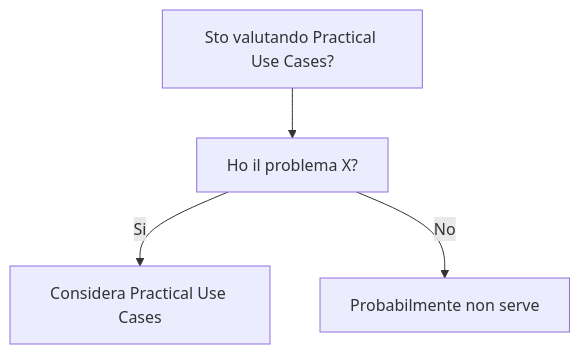
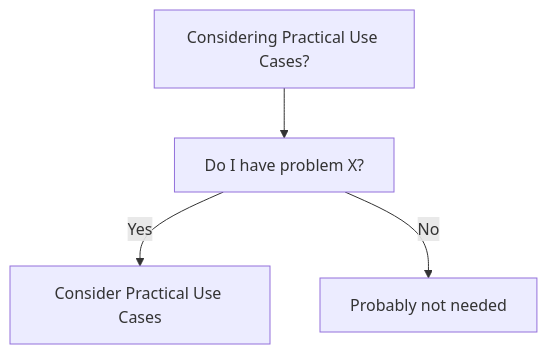
One commit to HxT9/Software-Dev-Wiki changed the diagram in dev-wiki/15_Algorithms_DataStructures/Practical_Use_Cases/When_To_Use.md. Above: the diagram before and after it, drawn with Mermaid. The commit also changed other lines of this file and 3444 other files, not shown here.

````diff
--- a/dev-wiki/15_Algorithms_DataStructures/Practical_Use_Cases/When_To_Use.md
+++ b/dev-wiki/15_Algorithms_DataStructures/Practical_Use_Cases/When_To_Use.md
@@ -19,6 +19,6 @@
 ```mermaid
 flowchart TD
-  Q[Sto valutando Practical Use Cases?] --> Q1[Ho il problema X?]
-  Q1 -->|Si| OK[Considera Practical Use Cases]
-  Q1 -->|No| NO[Probabilmente non serve]
+  Q[Considering Practical Use Cases?] --> Q1[Do I have problem X?]
+  Q1 -->|Yes| OK[Consider Practical Use Cases]
+  Q1 -->|No| NO[Probably not needed]
 ```
````
